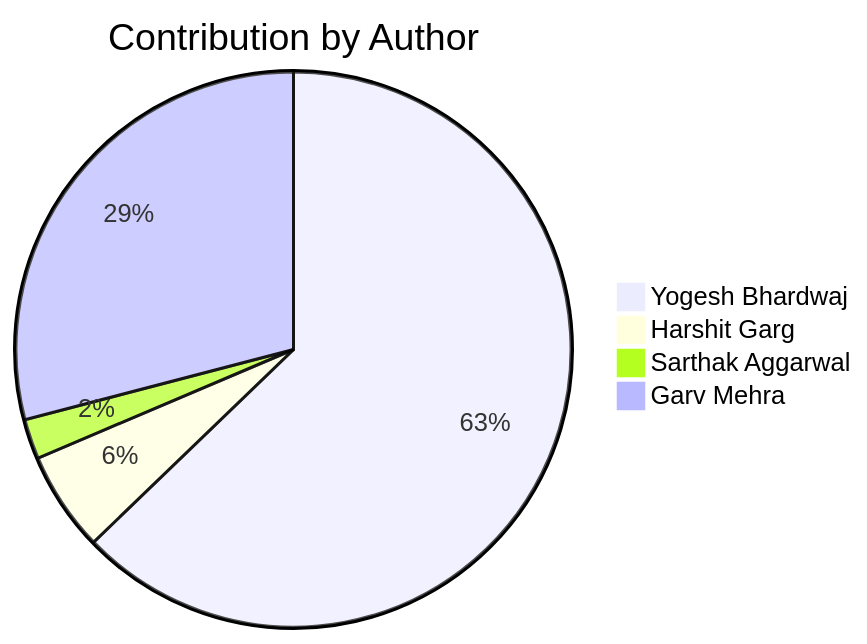
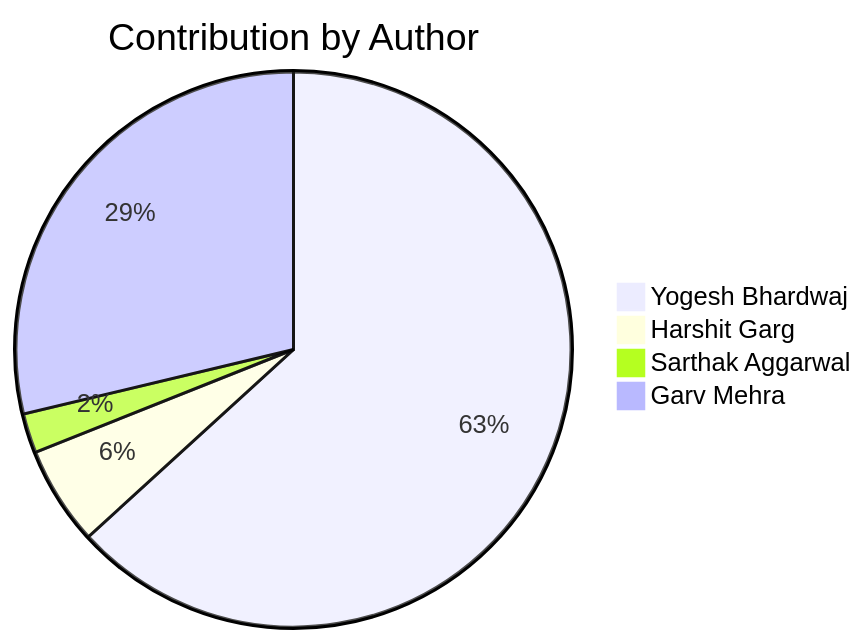
The diagram in README.md (Yogesh-Bhardwaj-hue/Scm-Final_2.0), drawn with Mermaid before and after one commit. The commit also changed other lines of this file, not shown here.

Commit message:
Update contribution charts

````diff
--- a/README.md
+++ b/README.md
@@ -161,7 +161,7 @@
 ```mermaid
 pie title Contribution by Author
-    "Yogesh Bhardwaj": 54
+    "Yogesh Bhardwaj": 55
     "Harshit Garg": 5
     "Sarthak Aggarwal": 2
     "Garv Mehra": 25
 ```
````
